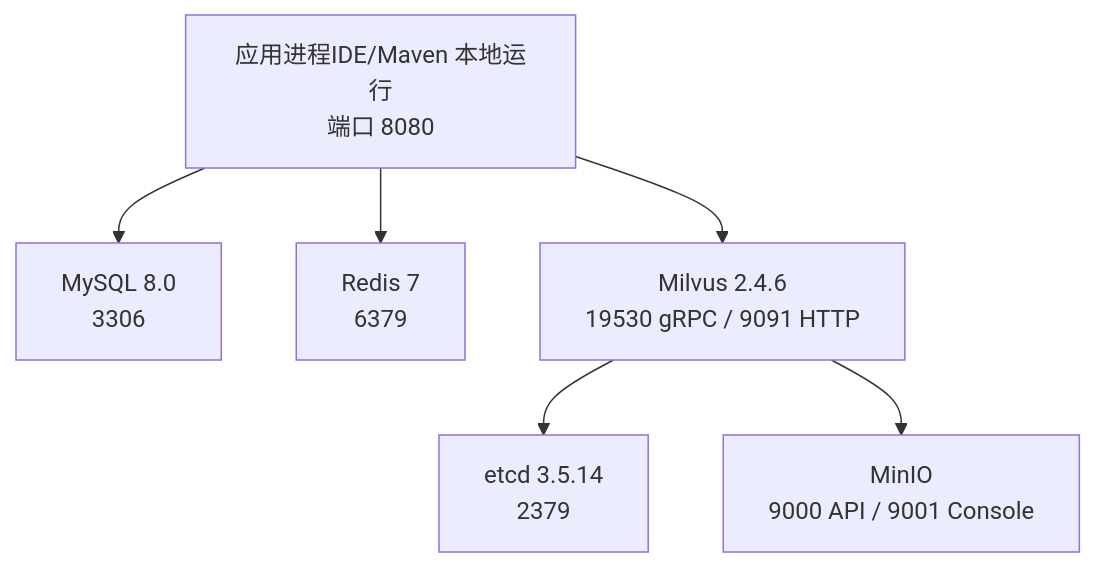
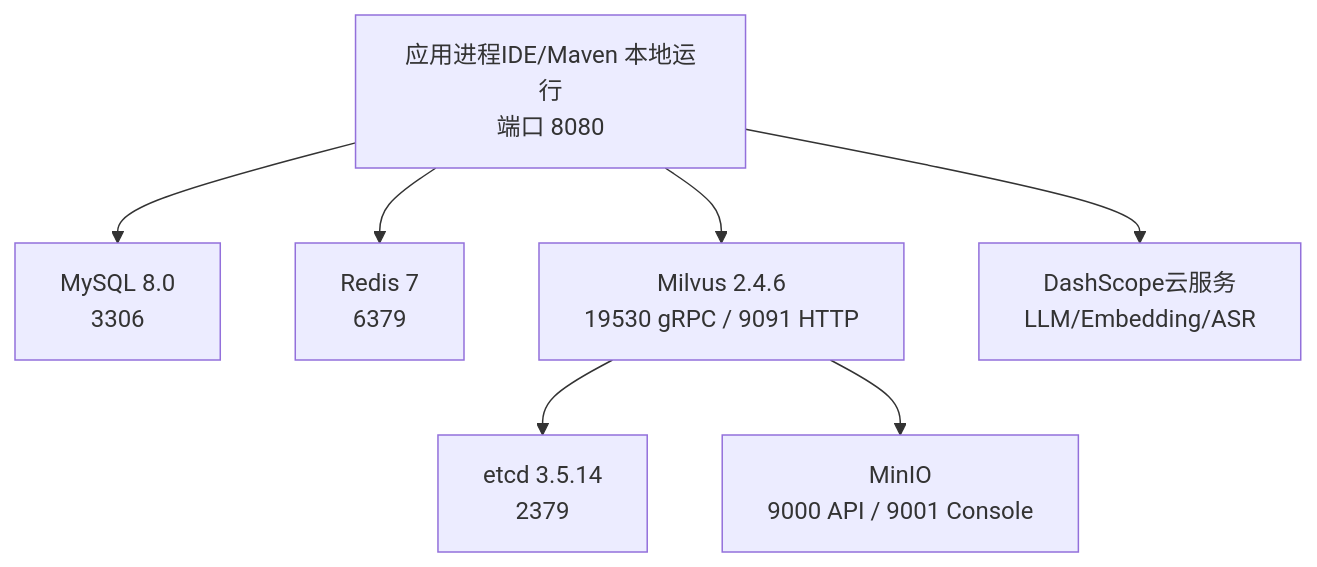
Before and after one commit to Miss-zhi/OfferPilot: the second of 3 diagrams in .qoder/repowiki/zh/content/系统技术架构总览.md, drawn with Mermaid. The commit also changed other lines of this file and 115 other files, not shown here.

````diff
--- a/.qoder/repowiki/zh/content/系统技术架构总览.md
+++ b/.qoder/repowiki/zh/content/系统技术架构总览.md
@@ -112,14 +132,16 @@
 ```mermaid
 graph TB
 APP["应用进程IDE/Maven 本地运行<br/>端口 8080"]
 MYSQL["MySQL 8.0<br/>3306"]
 REDIS["Redis 7<br/>6379"]
 ETCD["etcd 3.5.14<br/>2379"]
 MINIO["MinIO<br/>9000 API / 9001 Console"]
 MILVUS["Milvus 2.4.6<br/>19530 gRPC / 9091 HTTP"]
+DASHSCOPE["DashScope云服务<br/>LLM/Embedding/ASR"]
 APP --> MYSQL
 APP --> REDIS
 APP --> MILVUS
+APP --> DASHSCOPE
 MILVUS --> ETCD
 MILVUS --> MINIO
 ```
````
